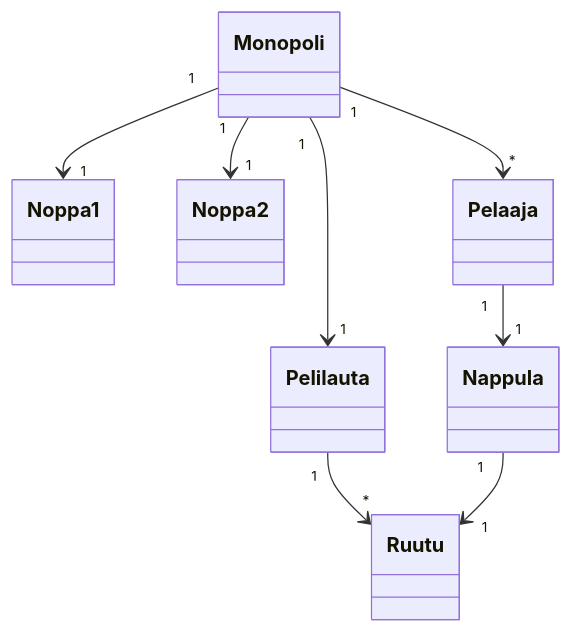
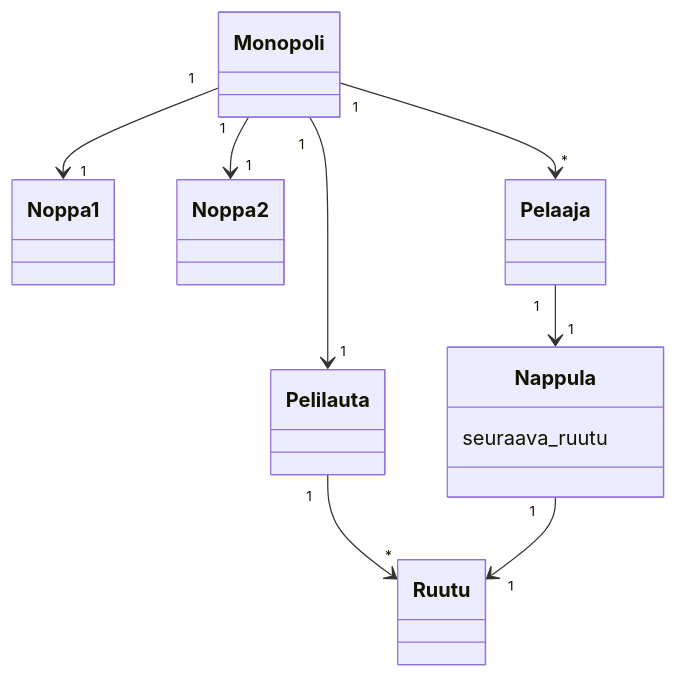
One commit to jannelem/ot-harjoitustyo-jannelem changed the diagram in laskarit/viikko3/kaaviot.md. Above: the diagram before and after it, drawn with Mermaid.

````diff
--- a/laskarit/viikko3/kaaviot.md
+++ b/laskarit/viikko3/kaaviot.md
@@ -5,11 +5,15 @@
 ```mermaid
 	classDiagram
 		Monopoli "1" --> "1" Pelilauta
 		Monopoli "1" --> "1" Noppa1
 		Monopoli "1" --> "1" Noppa2
 		Monopoli "1" --> "*" Pelaaja
 		Pelaaja "1" --> "1" Nappula
 		Pelilauta "1" --> "*" Ruutu
 		Nappula "1" --> "1" Ruutu
 		
+		class Nappula {
+			seuraava_ruutu
+		}
+		
 ```
````
